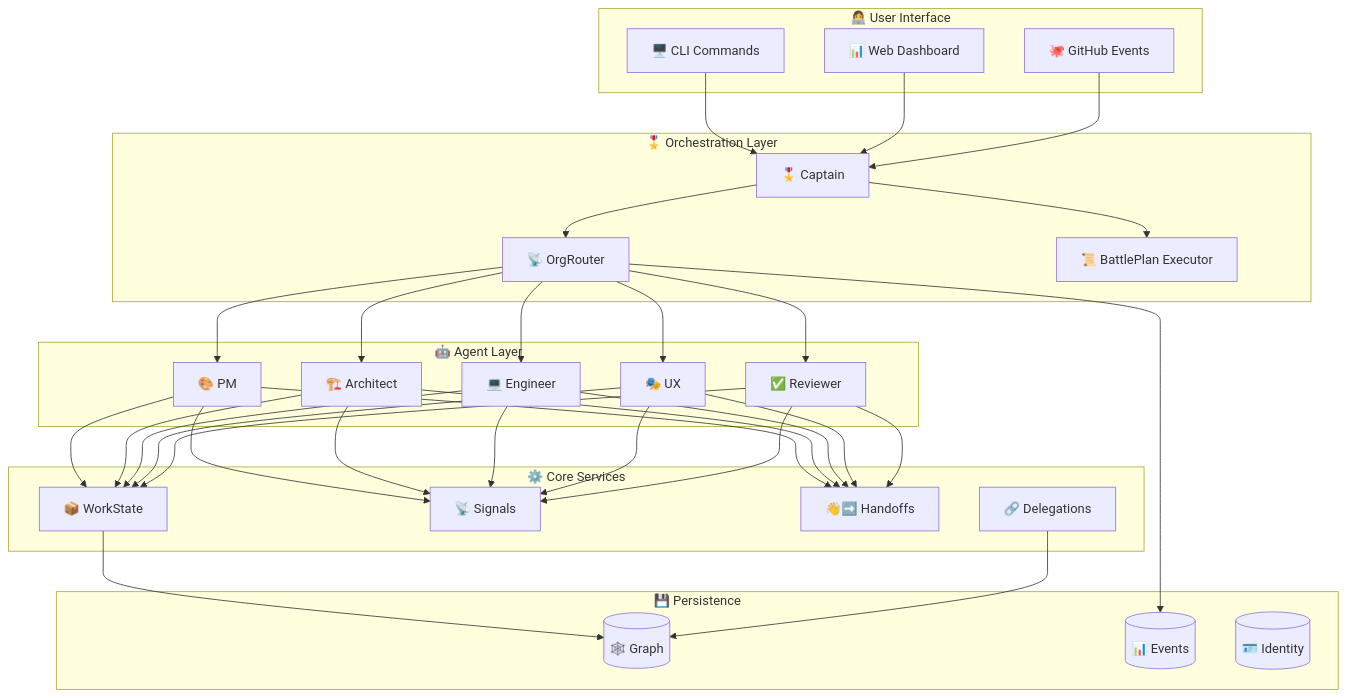
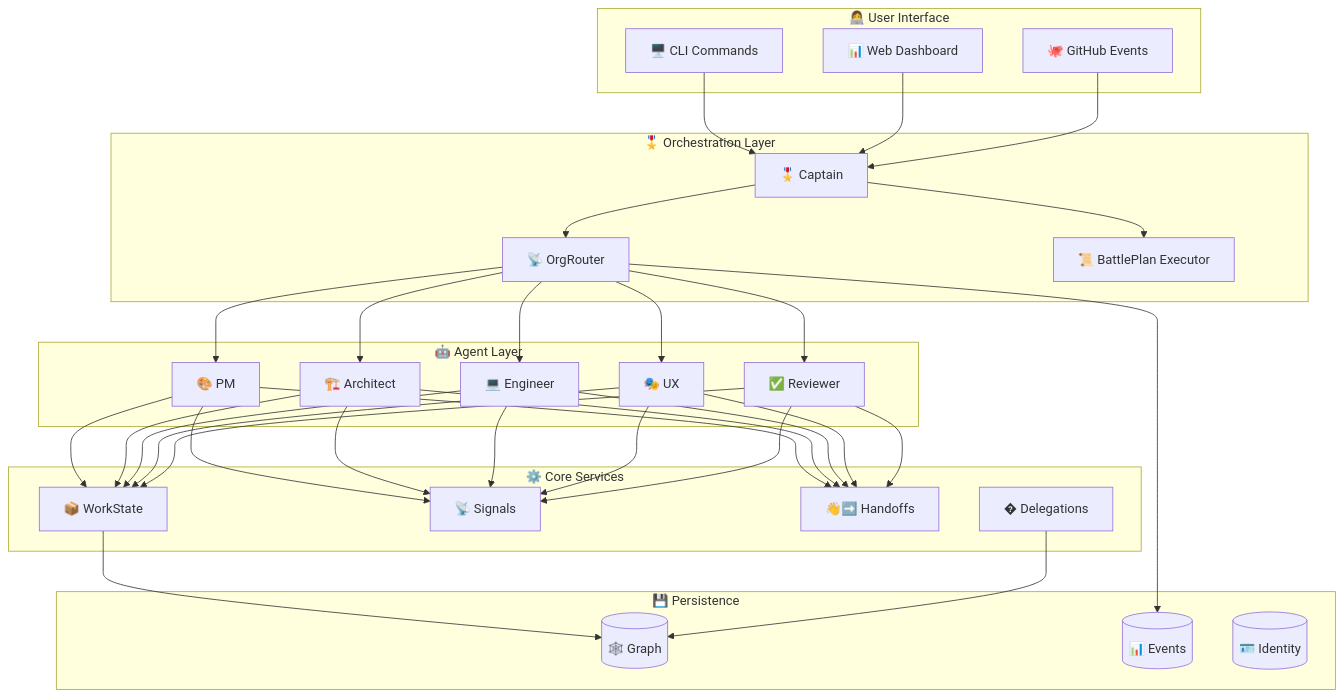
The seventh of 7 diagrams in README.md (jnPiyush/AI-Squad), drawn with Mermaid before and after one commit. The commit also changed other lines of this file, not shown here.

````diff
--- a/README.md
+++ b/README.md
@@ -530,43 +530,43 @@
 ```mermaid
 graph TB
     subgraph "👩‍💻 User Interface"
         CLI["🖥️ CLI Commands"]
         Dashboard["📊 Web Dashboard"]
         GH["🐙 GitHub Events"]
     end
     
     subgraph "🎖️ Orchestration Layer"
         Captain["🎖️ Captain"]
         Router["📡 OrgRouter"]
         BPE["📜 BattlePlan Executor"]
     end
     
     subgraph "🤖 Agent Layer"
         PM["🎨 PM"]
         Arch["🏗️ Architect"]
         Eng["💻 Engineer"]
         UX["🎭 UX"]
         Rev["✅ Reviewer"]
     end
     
     subgraph "⚙️ Core Services"
         WS["📦 WorkState"]
         Signal["📡 Signals"]
         Handoff["👋➡️ Handoffs"]
-        Del["🔗 Delegations"]
+        Del["� Delegations"]
     end
     
     subgraph "💾 Persistence"
         Graph[("🕸️ Graph")]
         Events[("📊 Events")]
         Identity[("🪪 Identity")]
     end
     
     CLI & Dashboard & GH --> Captain
     Captain --> Router --> PM & Arch & Eng & UX & Rev
     Captain --> BPE
     PM & Arch & Eng & UX & Rev --> WS & Signal & Handoff
     WS --> Graph
     Del --> Graph
     Router --> Events
 ```
````
